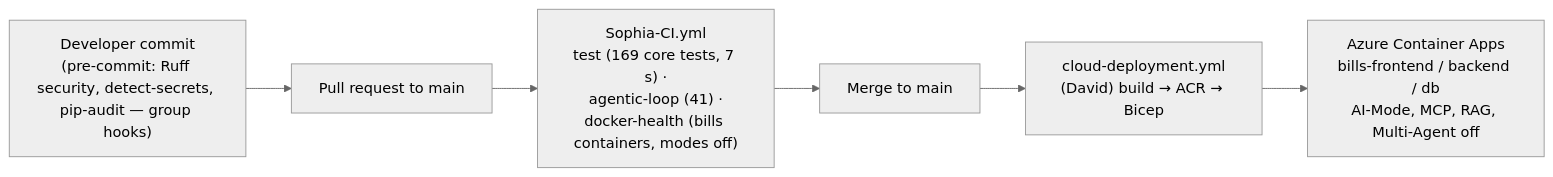
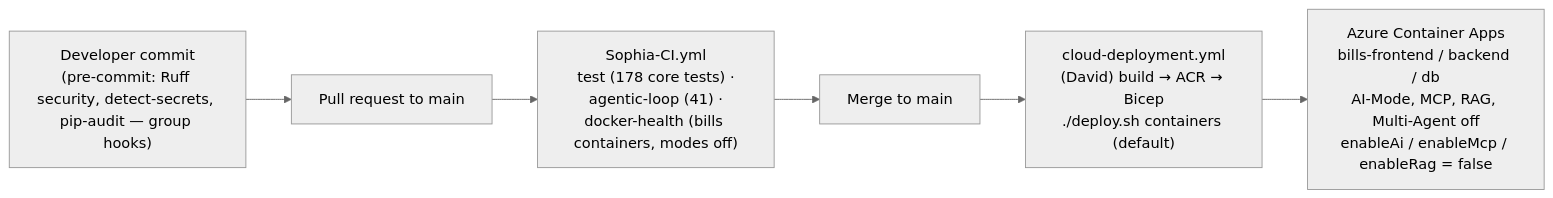
Before and after one commit to David-S-22/Tally: the third of 3 diagrams in docs/release-2/sophia/diagrams/r2-bills-design-flow.md, drawn with Mermaid (neutral theme). The commit also changed other lines of this file and 38 other files, not shown here.

````diff
--- a/docs/release-2/sophia/diagrams/r2-bills-design-flow.md
+++ b/docs/release-2/sophia/diagrams/r2-bills-design-flow.md
@@ -74,10 +74,10 @@
 ```mermaid
 flowchart LR
     DEV["Developer commit<br/>(pre-commit: Ruff security, detect-secrets, pip-audit — group hooks)"]
     PR["Pull request to main"]
-    CI["Sophia-CI.yml<br/>test (169 core tests, 7 s) ·<br/>agentic-loop (41) ·<br/>docker-health (bills containers, modes off)"]
+    CI["Sophia-CI.yml<br/>test (178 core tests) ·<br/>agentic-loop (41) ·<br/>docker-health (bills containers, modes off)"]
     MAIN["Merge to main"]
-    CD["cloud-deployment.yml<br/>(David) build → ACR → Bicep"]
-    ACA["Azure Container Apps<br/>bills-frontend / backend / db<br/>AI-Mode, MCP, RAG, Multi-Agent off"]
+    CD["cloud-deployment.yml<br/>(David) build → ACR → Bicep<br/>./deploy.sh containers (default)"]
+    ACA["Azure Container Apps<br/>bills-frontend / backend / db<br/>AI-Mode, MCP, RAG, Multi-Agent off<br/>enableAi / enableMcp / enableRag = false"]
     DEV --> PR --> CI --> MAIN --> CD --> ACA
 ```
````
